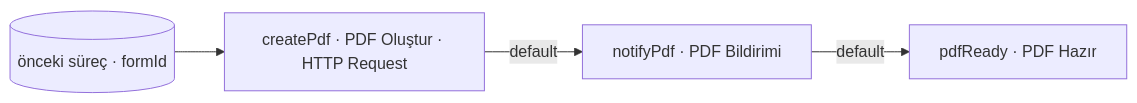
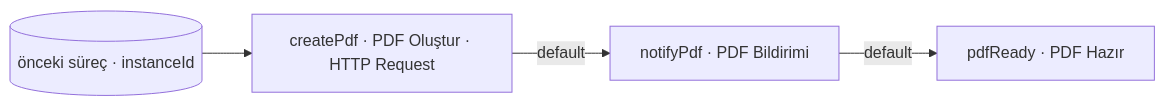
The diagram in bpmEngine/sampleProcess/createPdf/process.md (hiveteamsai/flovo-bpm-doc), drawn with Mermaid before and after one commit. The commit also changed other lines of this file and 60 other files, not shown here.

Commit message:
v0.7 — Runtime/iş-kuralı model adları (ProcessInstance·Instance·BusinessRule), Service.formType, models/enums/ + enum kod normalizasyonu & tutarlılık denetimi

````diff
--- a/bpmEngine/sampleProcess/createPdf/process.md
+++ b/bpmEngine/sampleProcess/createPdf/process.md
@@ -13,6 +13,6 @@
 ```mermaid
 flowchart LR
-  prev[(önceki süreç · formId)] --> pdf[createPdf · PDF Oluştur · HTTP Request]
+  prev[(önceki süreç · instanceId)] --> pdf[createPdf · PDF Oluştur · HTTP Request]
   pdf -->|default| notify[notifyPdf · PDF Bildirimi]
   notify -->|default| user[pdfReady · PDF Hazır]
 ```
````
